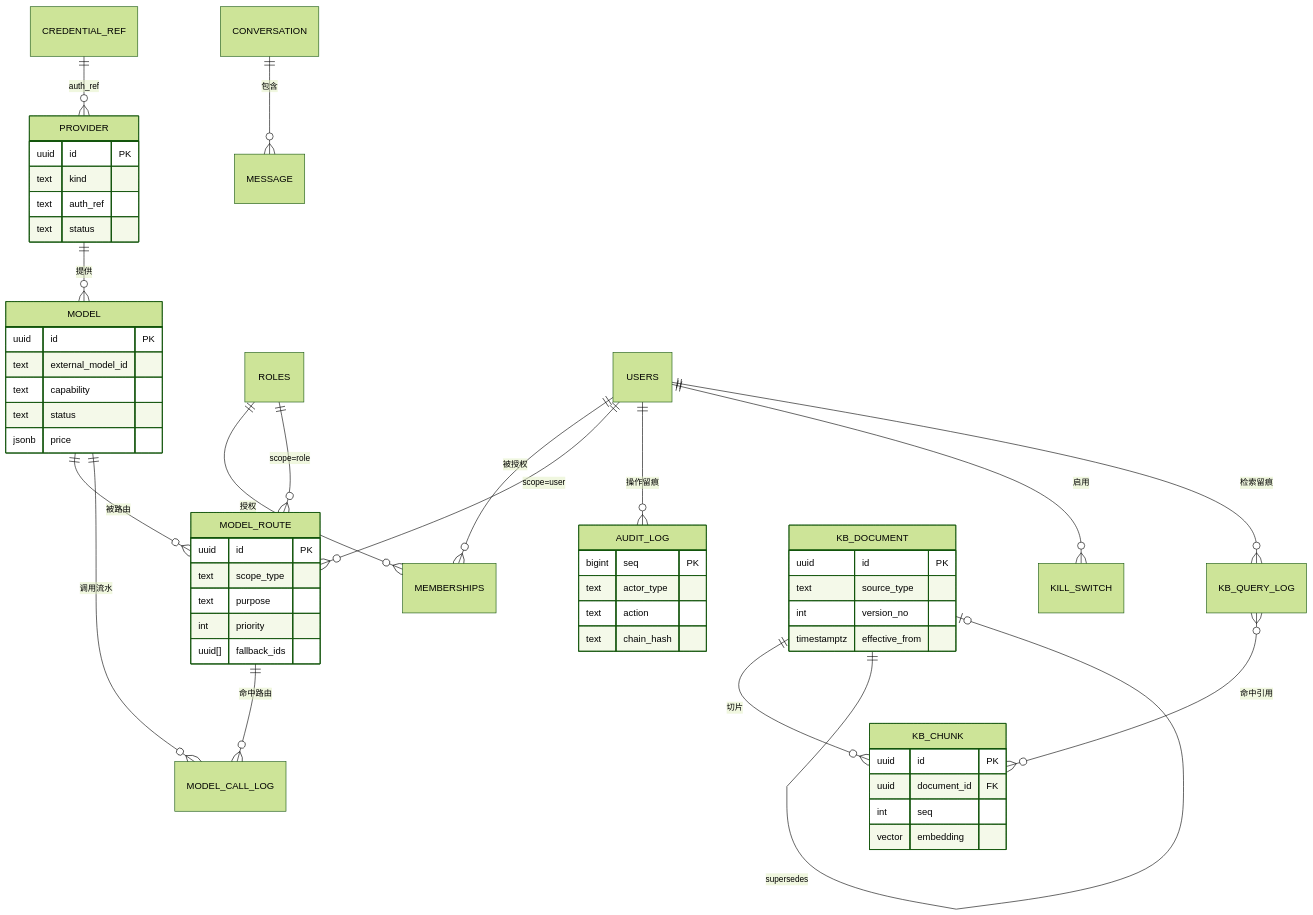
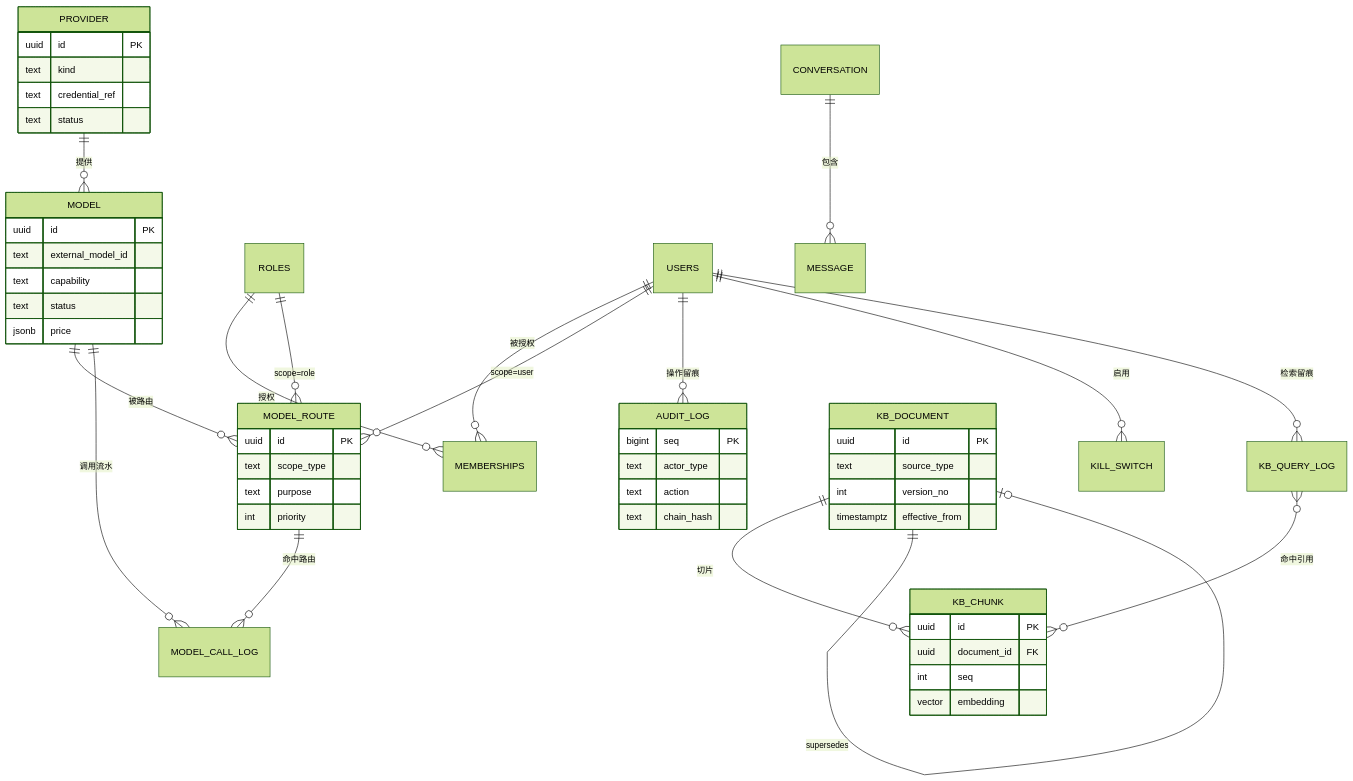
Before and after one commit to zzzfan008-rgb/DS-Agent: the second of 8 diagrams in docs/06-领域模型与数据字典.md, drawn with Mermaid (forest theme). The commit also changed other lines of this file and 74 other files, not shown here.

First line of the commit message:
feat: M1 骨架、Postgres schema 与方案文档集

````diff
--- a/docs/06-领域模型与数据字典.md
+++ b/docs/06-领域模型与数据字典.md
@@ -175,58 +177,56 @@
 ```mermaid
 erDiagram
-  CREDENTIAL_REF ||--o{ PROVIDER : "auth_ref"
   PROVIDER ||--o{ MODEL : "提供"
   MODEL ||--o{ MODEL_ROUTE : "被路由"
   MODEL ||--o{ MODEL_CALL_LOG : "调用流水"
   MODEL_ROUTE ||--o{ MODEL_CALL_LOG : "命中路由"
   ROLES ||--o{ MEMBERSHIPS : "授权"
   USERS ||--o{ MEMBERSHIPS : "被授权"
   ROLES ||--o{ MODEL_ROUTE : "scope=role"
   USERS ||--o{ MODEL_ROUTE : "scope=user"
   USERS ||--o{ AUDIT_LOG : "操作留痕"
   USERS ||--o{ KILL_SWITCH : "启用"
   CONVERSATION ||--o{ MESSAGE : "包含"
   KB_DOCUMENT ||--o{ KB_CHUNK : "切片"
   KB_DOCUMENT ||--o| KB_DOCUMENT : "supersedes"
   KB_QUERY_LOG }o--o{ KB_CHUNK : "命中引用"
   USERS ||--o{ KB_QUERY_LOG : "检索留痕"
 
   PROVIDER {
     uuid id PK
     text kind
-    text auth_ref
+    text credential_ref
     text status
   }
   MODEL {
     uuid id PK
     text external_model_id
     text capability
     text status
     jsonb price
   }
   MODEL_ROUTE {
     uuid id PK
     text scope_type
     text purpose
     int priority
-    uuid[] fallback_ids
   }
   KB_DOCUMENT {
     uuid id PK
     text source_type
     int version_no
     timestamptz effective_from
   }
   KB_CHUNK {
     uuid id PK
     uuid document_id FK
     int seq
     vector embedding
   }
   AUDIT_LOG {
     bigint seq PK
     text actor_type
     text action
     text chain_hash
   }
 ```
````
